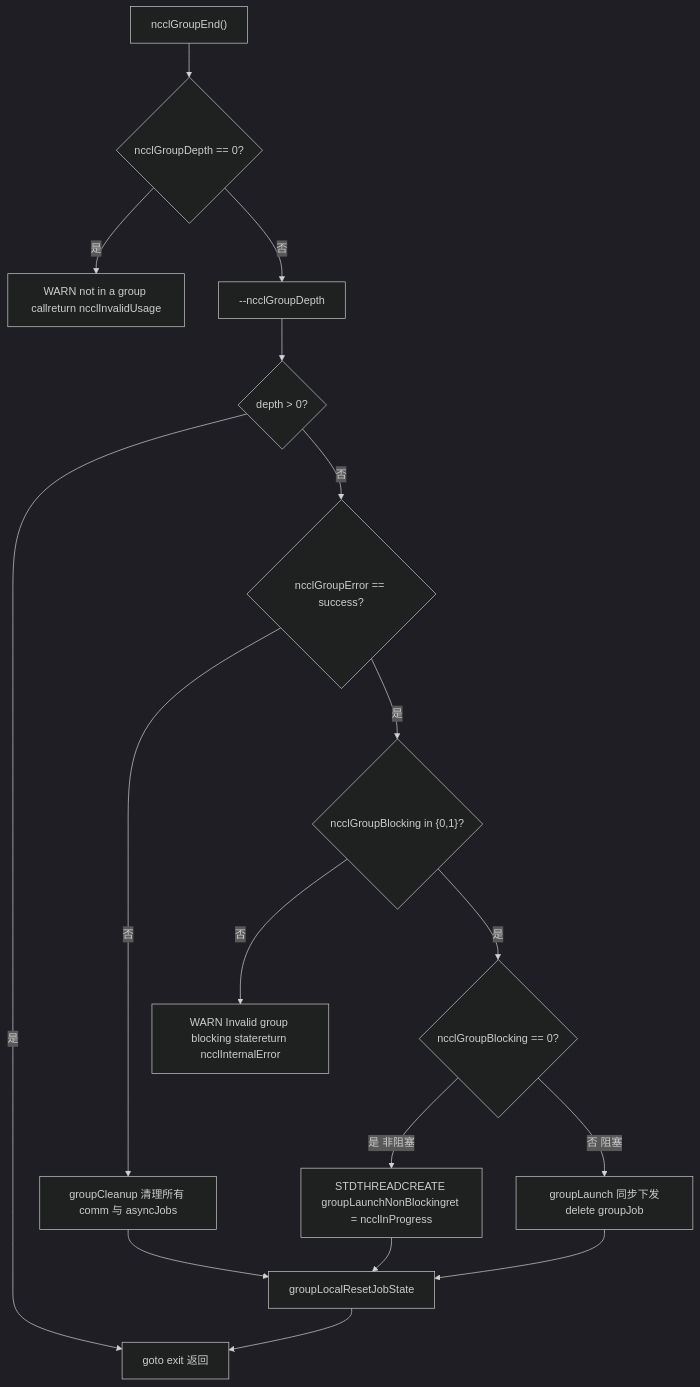
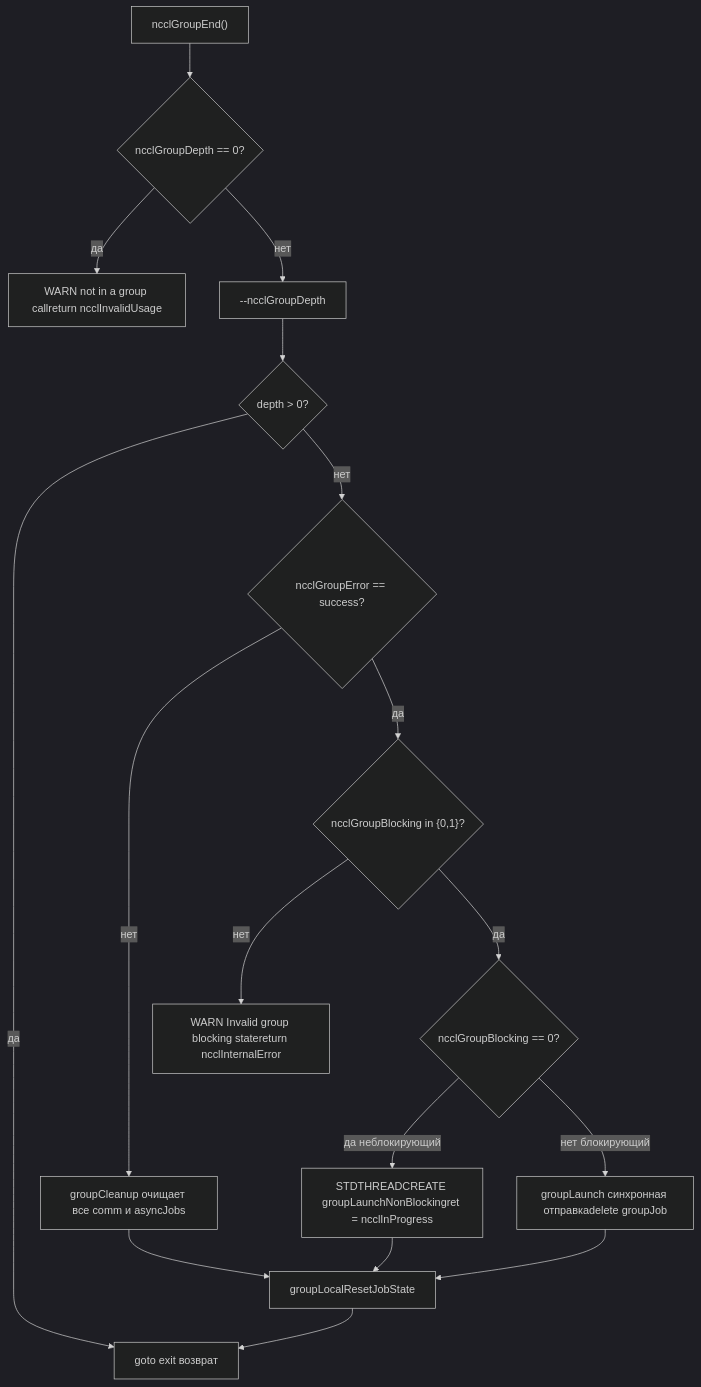
The first of 2 diagrams in books/nccl/ru/22-production-troubleshooting-and-pitfalls.md (maleRjc/AiReadCodeBooks), drawn with Mermaid (dark theme) before and after one commit. The commit also changed other lines of this file and 74 other files, not shown here.

````diff
--- a/books/nccl/ru/22-production-troubleshooting-and-pitfalls.md
+++ b/books/nccl/ru/22-production-troubleshooting-and-pitfalls.md
@@ -161,19 +161,19 @@
 ```mermaid
 flowchart TD
     start["ncclGroupEnd()"] --> depth_check{"ncclGroupDepth == 0?"}
-    depth_check -->|是| err_usage["WARN not in a group callreturn ncclInvalidUsage"]
-    depth_check -->|否| dec["--ncclGroupDepth"]
+    depth_check -->|да| err_usage["WARN not in a group callreturn ncclInvalidUsage"]
+    depth_check -->|нет| dec["--ncclGroupDepth"]
     dec --> nested{"depth > 0?"}
-    nested -->|是| exit_ok["goto exit 返回"]
-    nested -->|否| err_check{"ncclGroupError == success?"}
-    err_check -->|否| fail_clean["groupCleanup 清理所有 comm 与 asyncJobs"]
-    err_check -->|是| blocking_check{"ncclGroupBlocking in {0,1}?"}
-    blocking_check -->|否| err_internal["WARN Invalid group blocking statereturn ncclInternalError"]
-    blocking_check -->|是| mode_split{"ncclGroupBlocking == 0?"}
-    mode_split -->|是 非阻塞| async_launch["STDTHREADCREATE groupLaunchNonBlockingret = ncclInProgress"]
-    mode_split -->|否 阻塞| sync_launch["groupLaunch 同步下发delete groupJob"]
+    nested -->|да| exit_ok["goto exit возврат"]
+    nested -->|нет| err_check{"ncclGroupError == success?"}
+    err_check -->|нет| fail_clean["groupCleanup очищает все comm и asyncJobs"]
+    err_check -->|да| blocking_check{"ncclGroupBlocking in {0,1}?"}
+    blocking_check -->|нет| err_internal["WARN Invalid group blocking statereturn ncclInternalError"]
+    blocking_check -->|да| mode_split{"ncclGroupBlocking == 0?"}
+    mode_split -->|да неблокирующий| async_launch["STDTHREADCREATE groupLaunchNonBlockingret = ncclInProgress"]
+    mode_split -->|нет блокирующий| sync_launch["groupLaunch синхронная отправкаdelete groupJob"]
     async_launch --> reset["groupLocalResetJobState"]
     sync_launch --> reset
     reset --> exit_ok
     fail_clean --> reset
 ```
````
